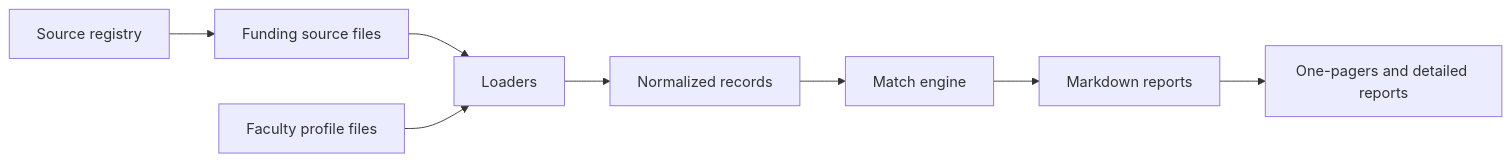
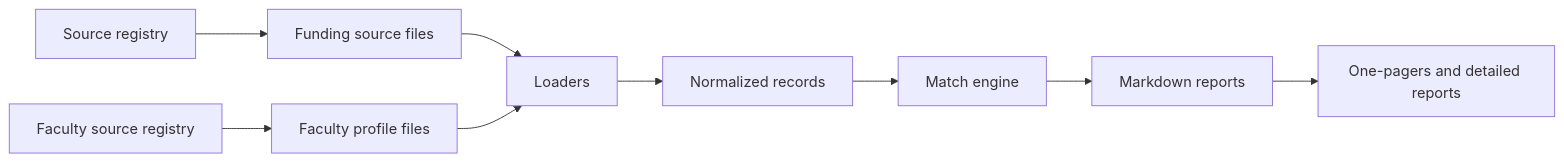
Before and after one commit to hanhuark/funding-compiler: the diagram in docs/architecture.md, drawn with Mermaid. The commit also changed other lines of this file and 8 other files, not shown here.

Commit message:
Add UArk MEEG faculty source registry

````diff
--- a/docs/architecture.md
+++ b/docs/architecture.md
@@ -5,10 +5,11 @@
 ```mermaid
 flowchart LR
   S[Source registry] --> A[Funding source files]
   A --> C[Loaders]
-  B[Faculty profile files] --> C
+  T[Faculty source registry] --> B[Faculty profile files]
+  B --> C
   C --> D[Normalized records]
   D --> E[Match engine]
   E --> F[Markdown reports]
   F --> G[One-pagers and detailed reports]
 ```
````
